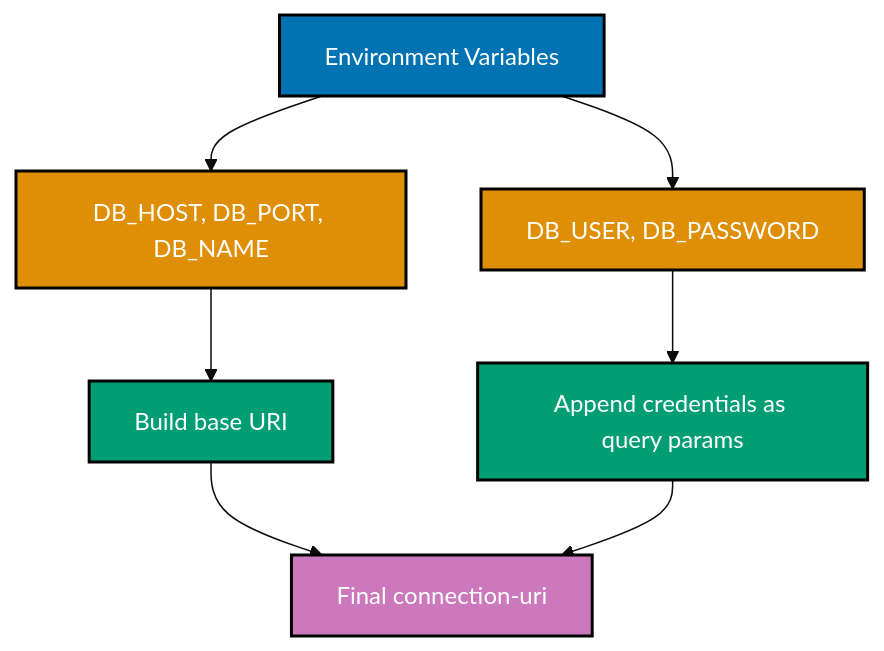
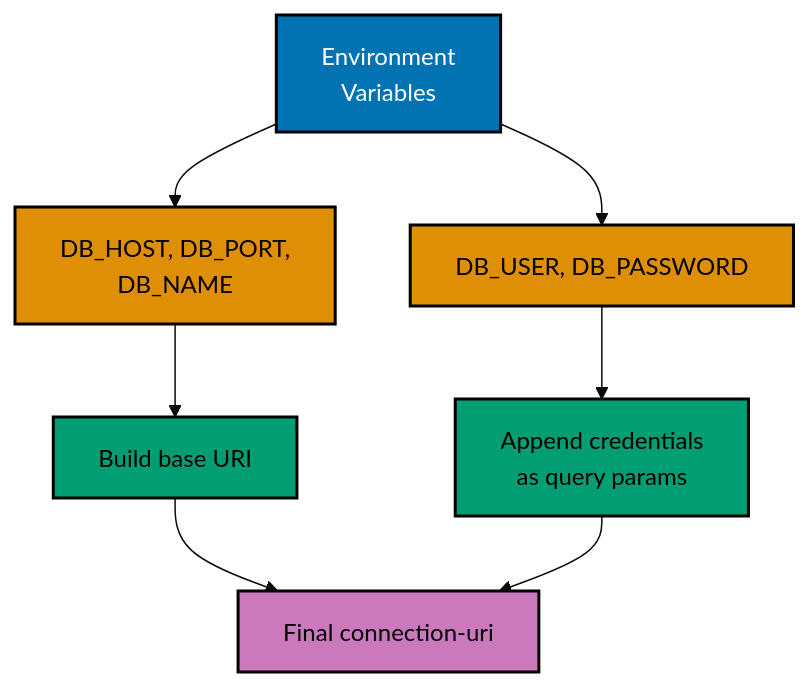
Before and after one commit to wahidyankf/ose-public: the fourth of 4 diagrams in apps/ayokoding-www/content/en/learn/legacy/software-engineering/data/tools/clojure-migratus/by-example/beginner.md, drawn with Mermaid (base theme). The commit also changed other lines of this file and 131 other files, not shown here.

First line of the commit message:
fix(mermaid): bring the legacy data, infrastructure, and testing diagrams onto the accessible palette

````diff
--- a/apps/ayokoding-www/content/en/learn/legacy/software-engineering/data/tools/clojure-migratus/by-example/beginner.md
+++ b/apps/ayokoding-www/content/en/learn/legacy/software-engineering/data/tools/clojure-migratus/by-example/beginner.md
@@ -680,18 +701,25 @@
 ```mermaid
 %% Color Palette: Blue #0173B2, Orange #DE8F05, Teal #029E73, Purple #CC78BC, Brown #CA9161
 %% Connection URI construction flow
 graph TD
-    A[Environment Variables] --> B[DB_HOST, DB_PORT, DB_NAME]
+    accTitle: Example 17: JDBC Connection String Setup
+    accDescr: Graph with 6 nodes and 6 connections. Nodes: Environment Variables, DB_HOST, DB_PORT, DB_NAME, DB_USER, DB_PASSWORD, Build base URI, Append credentials as query params, Final connection-uri. Connections: Environment Variables to DB_HOST, DB_PORT, DB_NAME, Environment Variables to DB_USER, DB_PASSWORD, DB_HOST, DB_PORT, DB_NAME to Build base URI, DB_USER, DB_PASSWORD to Append credentials as query params, Build base URI to Final connection-uri, Append credentials as query params to Final connection-uri.
+    A[Environment<br/>Variables] --> B[DB_HOST, DB_PORT,<br/>DB_NAME]
     A --> C[DB_USER, DB_PASSWORD]
     B --> D[Build base URI]
-    C --> E[Append credentials as query params]
+    C --> E[Append credentials<br/>as query params]
     D --> F[Final connection-uri]
     E --> F
 
-    style A fill:#0173B2,stroke:#000000,color:#FFFFFF,stroke-width:2px
-    style B fill:#DE8F05,stroke:#000000,color:#FFFFFF,stroke-width:2px
-    style C fill:#DE8F05,stroke:#000000,color:#FFFFFF,stroke-width:2px
-    style D fill:#029E73,stroke:#000000,color:#FFFFFF,stroke-width:2px
-    style E fill:#029E73,stroke:#000000,color:#FFFFFF,stroke-width:2px
-    style F fill:#CC78BC,stroke:#000000,color:#FFFFFF,stroke-width:2px
+    classDef pal-0173B2 fill:#0173B2,stroke:#000000,color:#FFFFFF,stroke-width:2px
+    class A pal-0173B2
+    classDef pal-DE8F05 fill:#DE8F05,stroke:#000000,color:#000000,stroke-width:2px
+    class B pal-DE8F05
+    class C pal-DE8F05
+    classDef pal-029E73 fill:#029E73,stroke:#000000,color:#000000,stroke-width:2px
+    class D pal-029E73
+    class E pal-029E73
+    classDef pal-CC78BC fill:#CC78BC,stroke:#000000,color:#000000,stroke-width:2px
+    class F pal-CC78BC
+    classDef default fill:#FFFFFF,stroke:#000000,color:#000000
 ```
````
